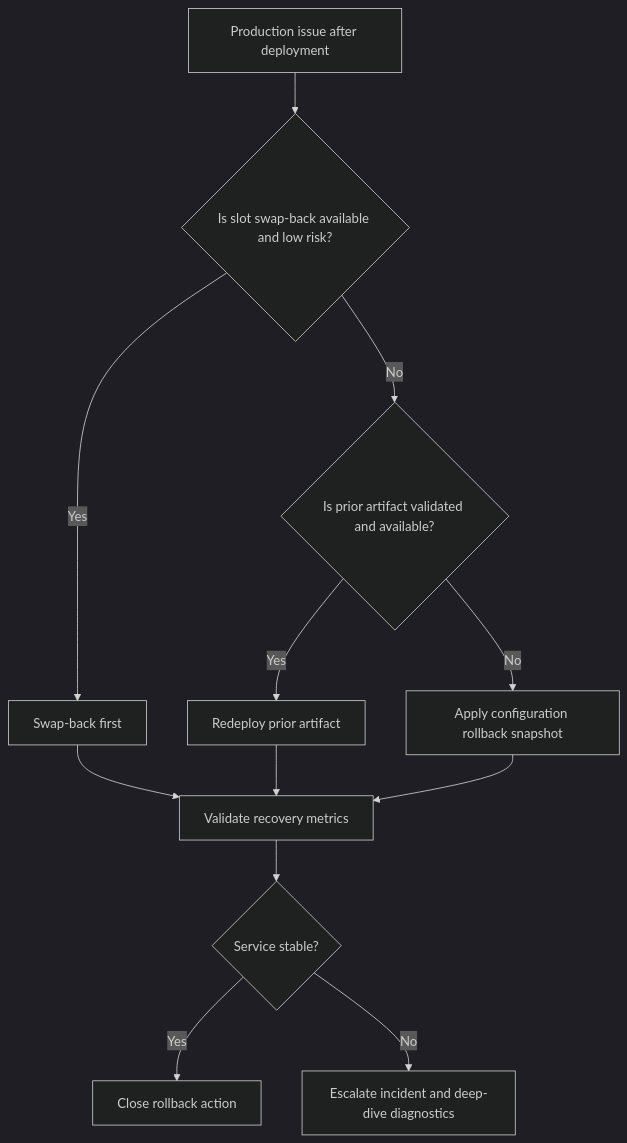
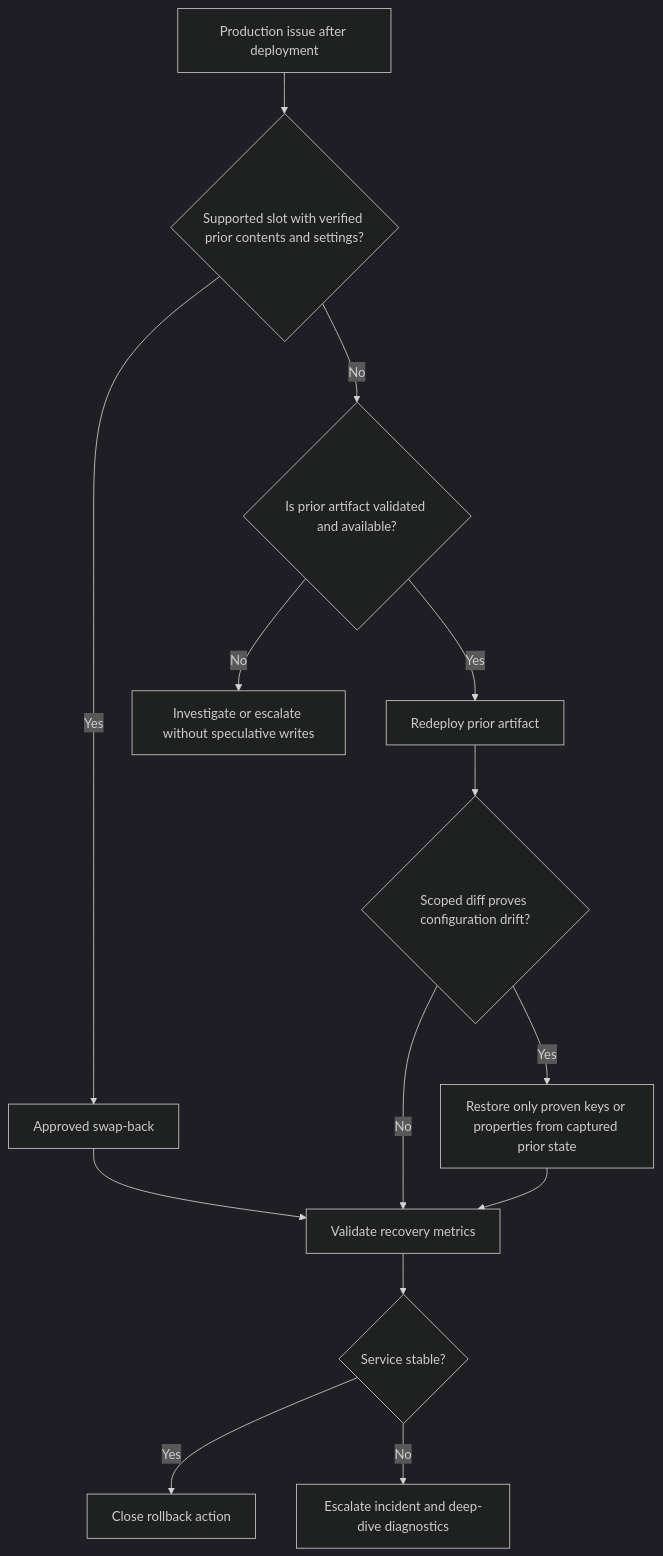
Before and after one commit to yeongseon/azure-functions-practical-guide: the second of 3 diagrams in docs/best-practices/deployment.md, drawn with Mermaid (dark theme). The commit also changed other lines of this file and 3 other files, not shown here.

````diff
--- a/docs/best-practices/deployment.md
+++ b/docs/best-practices/deployment.md
@@ -268,14 +266,16 @@
 ```mermaid
 flowchart TD
-    A[Production issue after deployment] --> B{Is slot swap-back available and low risk?}
-    B -->|Yes| C[Swap-back first]
+    A[Production issue after deployment] --> B{Supported slot with verified prior contents and settings?}
+    B -->|Yes| C[Approved swap-back]
     B -->|No| D{Is prior artifact validated and available?}
     D -->|Yes| E[Redeploy prior artifact]
-    D -->|No| F[Apply configuration rollback snapshot]
+    D -->|No| F[Investigate or escalate without speculative writes]
     C --> G[Validate recovery metrics]
-    E --> G
-    F --> G
+    E --> K{Scoped diff proves configuration drift?}
+    K -->|Yes| L[Restore only proven keys or properties from captured prior state]
+    K -->|No| G
+    L --> G
     G --> H{Service stable?}
     H -->|Yes| I[Close rollback action]
     H -->|No| J[Escalate incident and deep-dive diagnostics]
 ```
````
